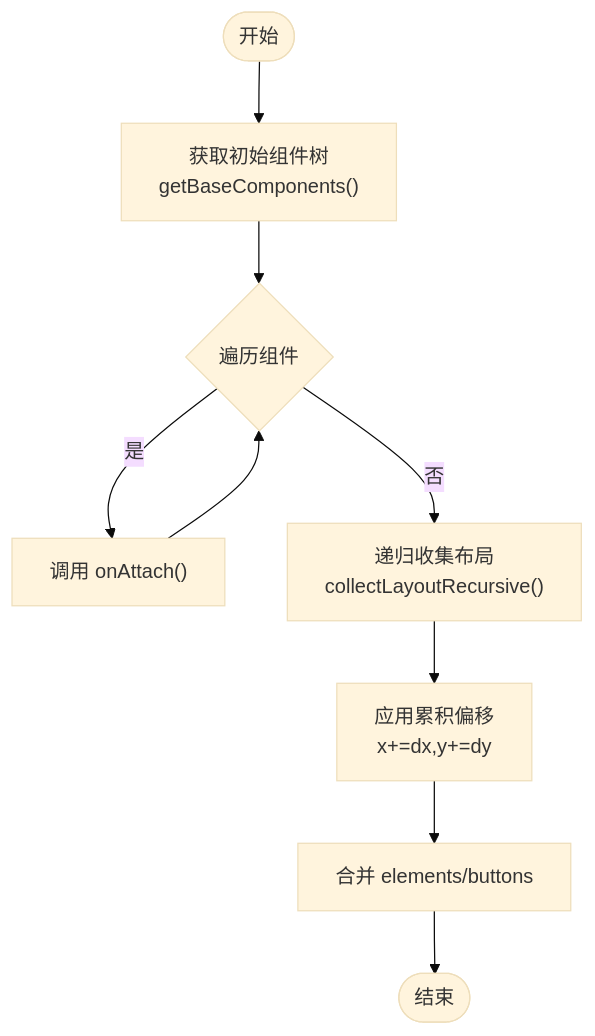
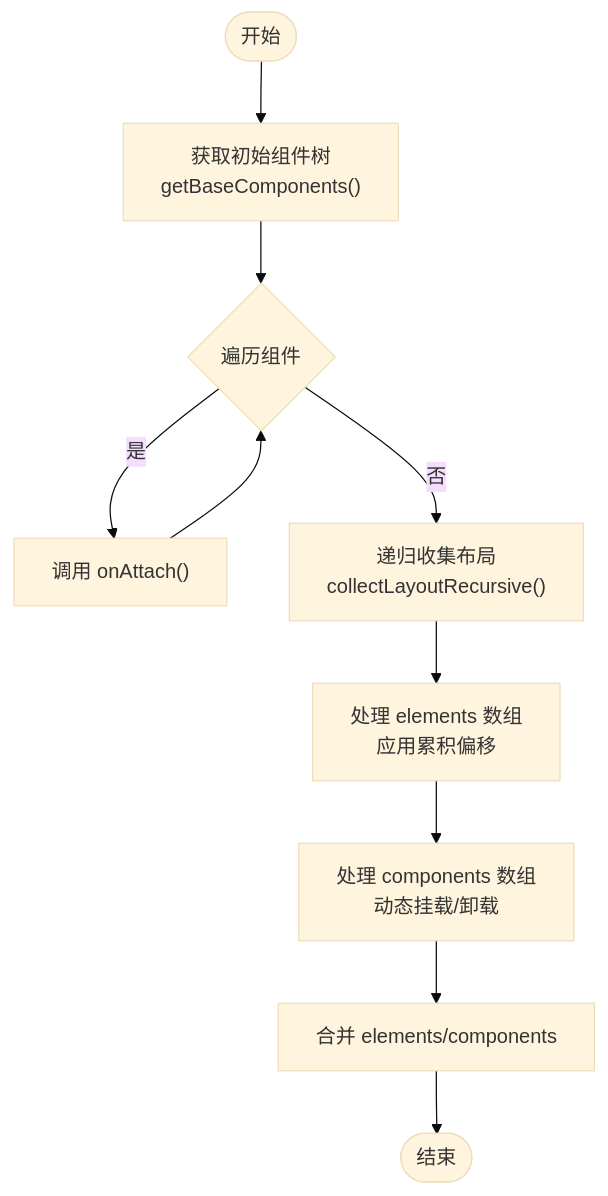
Before and after one commit to xingye00186/PUI: the fourth of 5 diagrams in .qoder/repowiki/zh/content/API参考文档/组件接口API.md, drawn with Mermaid (base theme). The commit also changed other lines of this file and 10 other files, not shown here.

````diff
--- a/.qoder/repowiki/zh/content/API参考文档/组件接口API.md
+++ b/.qoder/repowiki/zh/content/API参考文档/组件接口API.md
@@ -245,11 +259,12 @@
 ```mermaid
 flowchart TD
 Start(["开始"]) --> GetBase["获取初始组件树<br/>getBaseComponents()"]
 GetBase --> AttachLoop{"遍历组件"}
 AttachLoop --> |是| CallAttach["调用 onAttach()"]
 CallAttach --> AttachLoop
 AttachLoop --> |否| Collect["递归收集布局<br/>collectLayoutRecursive()"]
-Collect --> ApplyOffset["应用累积偏移<br/>x+=dx,y+=dy"]
-ApplyOffset --> Merge["合并 elements/buttons"]
+Collect --> ProcessElements["处理 elements 数组<br/>应用累积偏移"]
+ProcessElements --> ProcessComponents["处理 components 数组<br/>动态挂载/卸载"]
+ProcessComponents --> Merge["合并 elements/components"]
 Merge --> End(["结束"])
 ```
````
